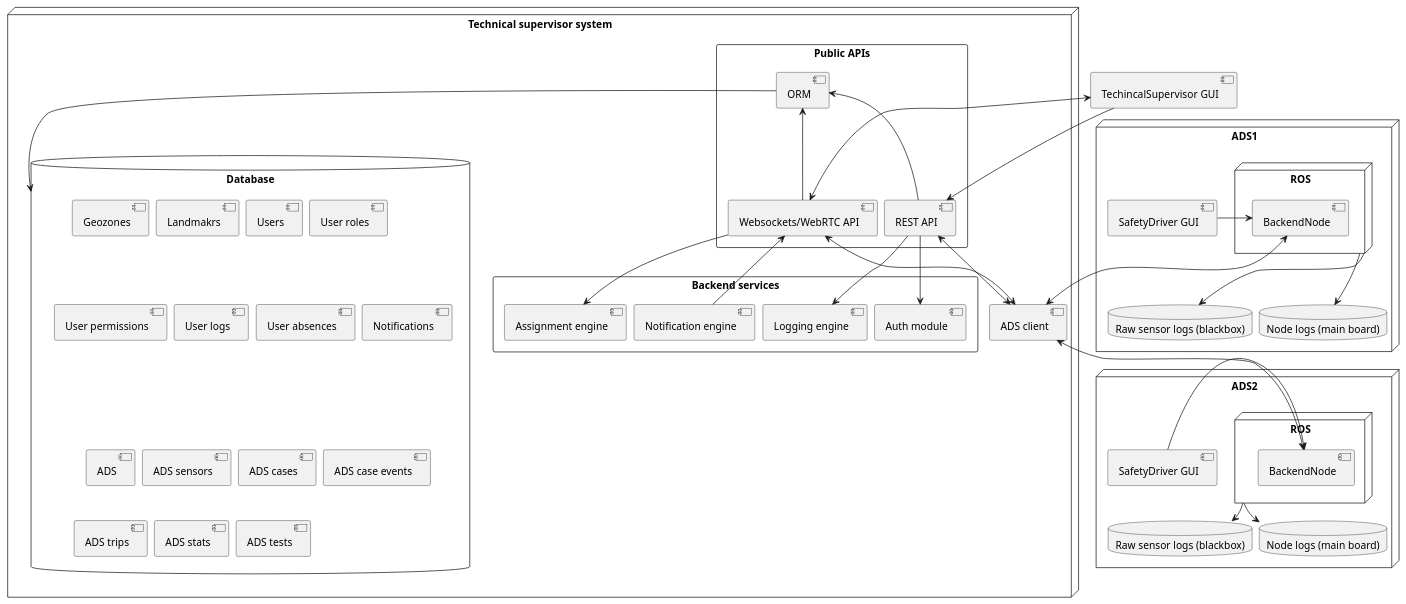
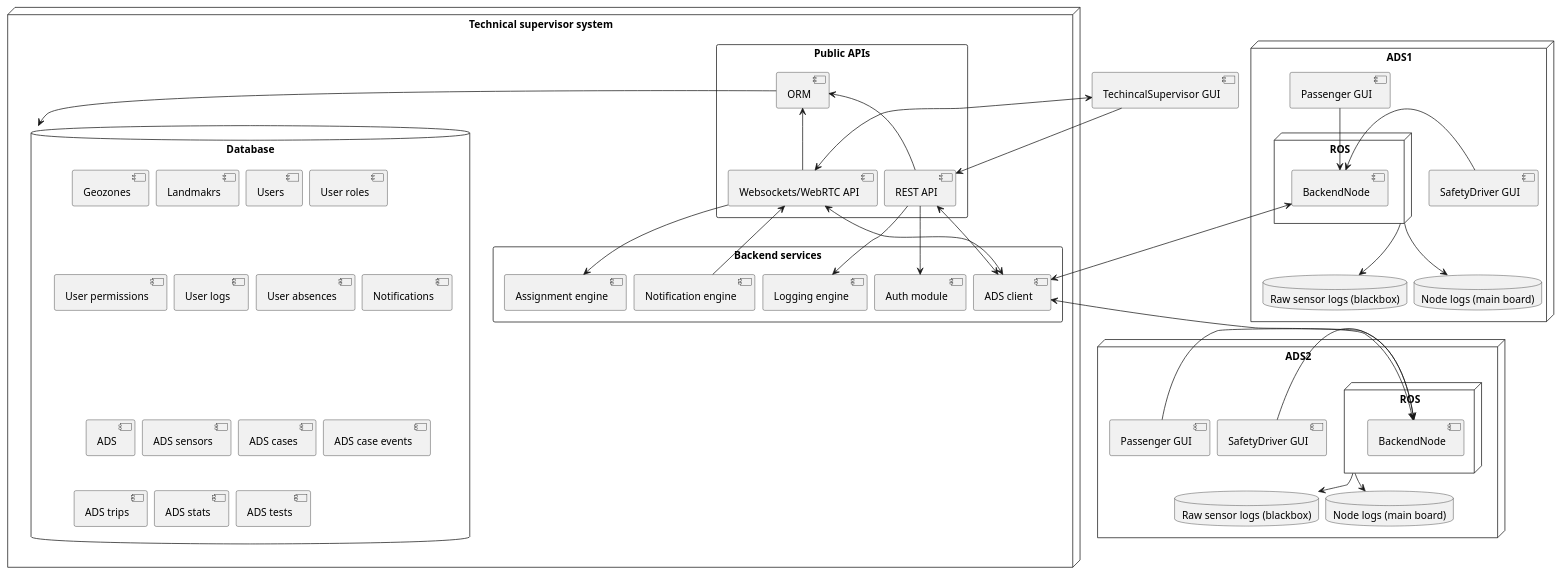
One commit to bruno-motorai/uml changed the diagram in technical_supervisor/architecture.pu. Above: the diagram before and after it, drawn with PlantUML.

Commit message:
Add passenger GUIs to architecture

```diff
--- a/technical_supervisor/architecture.pu
+++ b/technical_supervisor/architecture.pu
@@ -1,83 +1,87 @@
 @startuml
 skinparam nodesep 10
 skinparam ranksep 5
 
 scale 1.0
 
 component "TechincalSupervisor GUI" as gui
 
 node "Technical supervisor system" as ts {
     rectangle "Public APIs" {
             component "REST API" as rest_api
             component "Websockets/WebRTC API" as ws_api
             component "ORM" as orm
         }
 
     rectangle "Backend services" as backend {
         component "Auth module" as auth
         component "Assignment engine" as assignment_engine
         component "Notification engine" as notification_engine
         component "Logging engine" as log_engine
+        component "ADS client" as ads_client
     }
 
-    component "ADS client" as ads_client
 
     database "Database" as db {
         component "Geozones"
         component "Landmakrs"
         component "Users"
         component "User roles"
         component "User permissions"
         component "User logs"
         component "User absences"
         component "Notifications"
         component "ADS"
         component "ADS sensors"
         component "ADS cases"
         component "ADS case events"
         component "ADS trips"
         component "ADS stats"
         component "ADS tests"
     }
 }
 
 
 node "ADS1" as ads_node { 
     node "ROS" as ads1 {
         component "BackendNode" as ads_backend_node
     }
     database "Raw sensor logs (blackbox)" as raw_logs_ads1
     database "Node logs (main board)" as logs_ads1
     component "SafetyDriver GUI" as safety_driver_gui1
+    component "Passenger GUI" as passenger_gui1
 }
 
 node "ADS2" as ads_node2 { 
     node "ROS" as ads2 {
         component "BackendNode" as ads2_backend_node
     }
     database "Raw sensor logs (blackbox)" as raw_logs_ads2
     database "Node logs (main board)" as logs_ads2
     component "SafetyDriver GUI" as safety_driver_gui2
+    component "Passenger GUI" as passenger_gui2
 }
 
 ads1 -down-> raw_logs_ads1
 ads1 -down-> logs_ads1
 ads2 -down-> raw_logs_ads2
 ads2 -down-> logs_ads2
 gui -down-> rest_api
 gui <-down-> ws_api
 rest_api --> auth
 rest_api --> log_engine
 rest_api -u-> orm
 ws_api -u-> orm
 orm -d-> db
 ws_api -d-> assignment_engine
 notification_engine -r-> ws_api
 ws_api <-d-> ads_client
 rest_api <-d-> ads_client
 
 ads_backend_node <-d-> ads_client
 ads2_backend_node <-u-> ads_client
 safety_driver_gui2 -l-> ads2_backend_node
 safety_driver_gui1 -> ads_backend_node
+passenger_gui2 -> ads2_backend_node
+passenger_gui1 -d-> ads_backend_node
 @enduml
```
